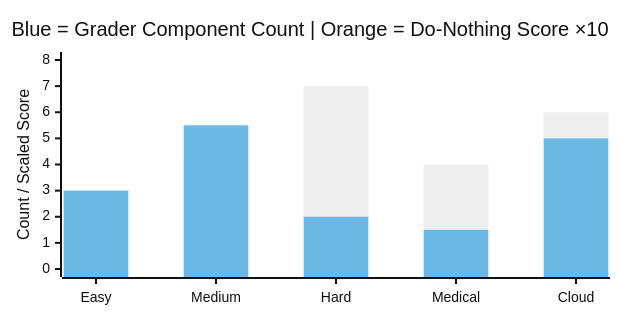
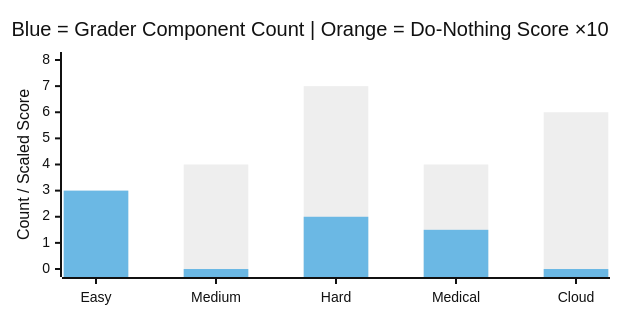
The third of 3 diagrams in TECHNICAL.md (sidd707/my-openenv), drawn with Mermaid (neutral theme) before and after one commit. The commit also changed other lines of this file and 6 other files, not shown here.

````diff
--- a/TECHNICAL.md
+++ b/TECHNICAL.md
@@ -424,14 +424,14 @@
 ```mermaid
 ---
 config:
     xyChart:
         width: 600
         height: 300
 ---
 xychart-beta
     title "Blue = Grader Component Count | Orange = Do-Nothing Score ×10"
     x-axis ["Easy", "Medium", "Hard", "Medical", "Cloud"]
     y-axis "Count / Scaled Score" 0 --> 8
     bar [3, 4, 7, 4, 6]
-    bar [3, 5.5, 2, 1.5, 5]
+    bar [3, 0, 2, 1.5, 0]
 ```
````
